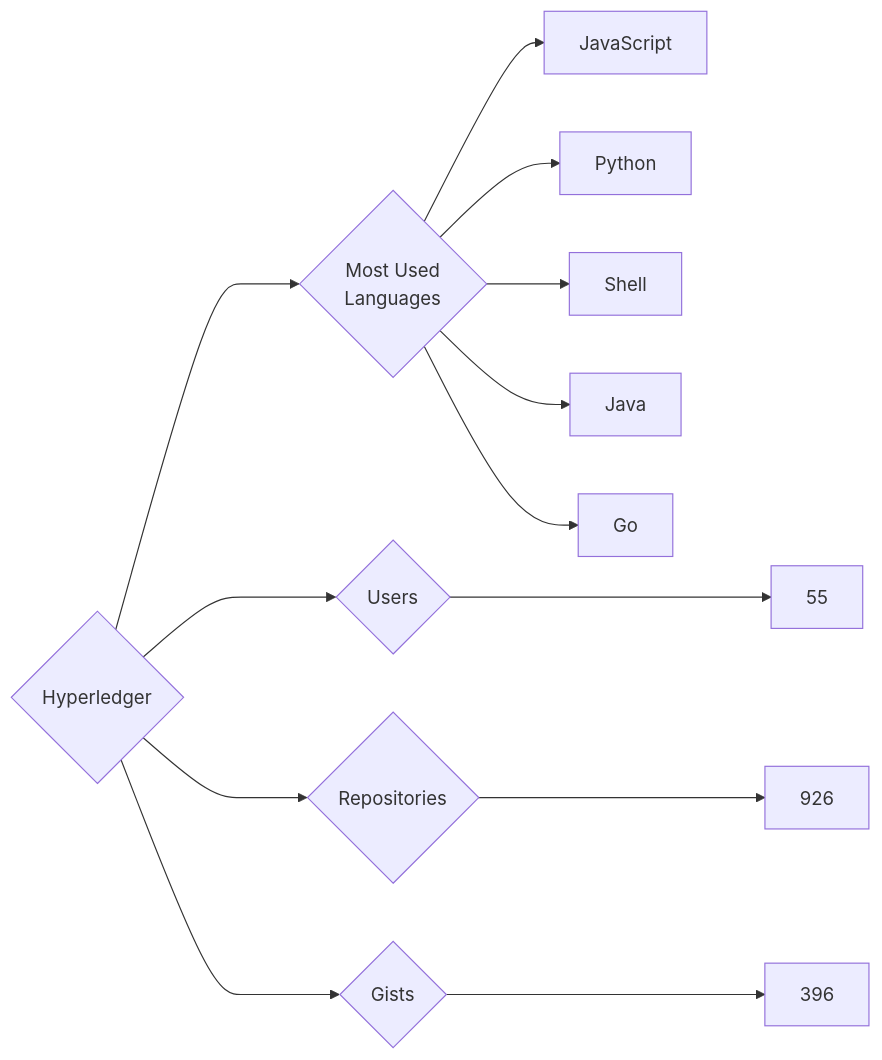
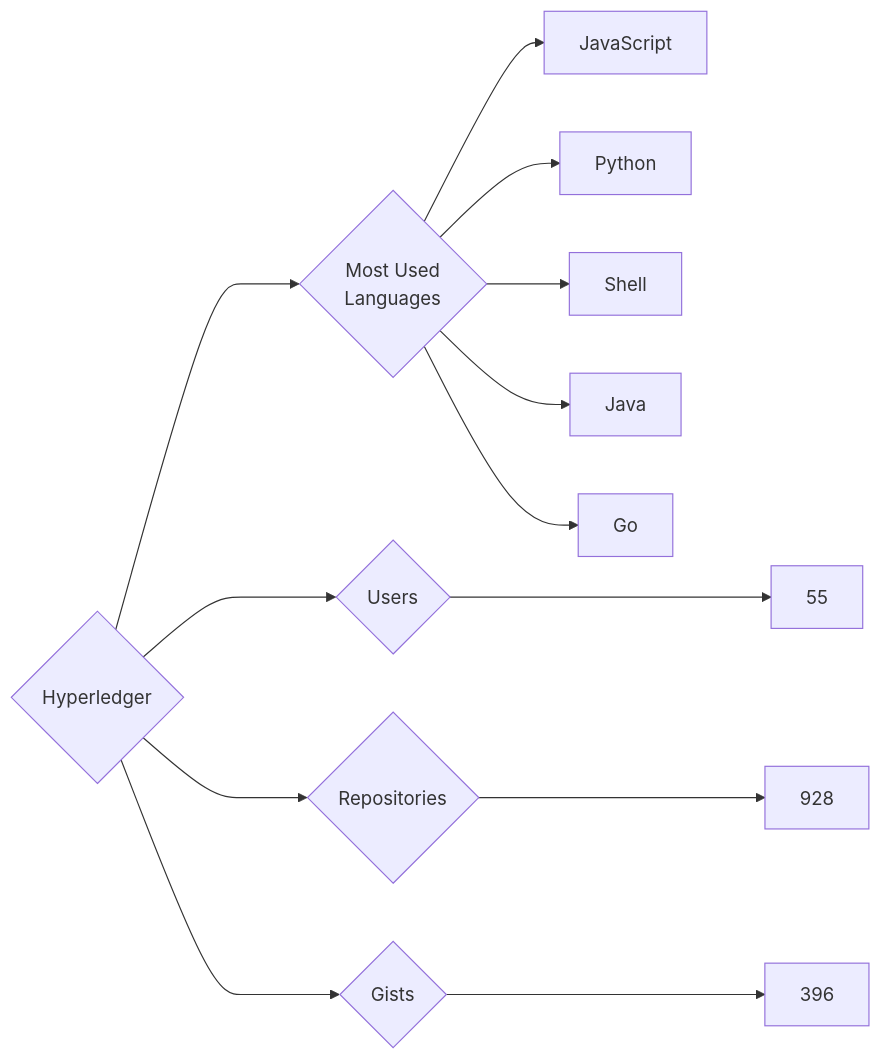
One commit to trickest/insiders changed the diagram in targets/Hyperledger/README.md. Above: the diagram before and after it, drawn with Mermaid. The commit also changed 914 other files, not shown here.

````diff
--- a/targets/Hyperledger/README.md
+++ b/targets/Hyperledger/README.md
@@ -3,13 +3,13 @@
 ```mermaid
 graph LR
 COMPANY_NAME{Hyperledger}
 COMPANY_NAME ---> U{Users} ---> UN[55]
-COMPANY_NAME ---> R{Repositories} ---> RN[926]
+COMPANY_NAME ---> R{Repositories} ---> RN[928]
 COMPANY_NAME ---> G{Gists} ---> GN[396]
 COMPANY_NAME ---> ML{Most Used<br>Languages}
 ML --> JavaScript[JavaScript]
 ML --> Python[Python]
 ML --> Shell[Shell]
 ML --> Java[Java]
 ML --> Go[Go]
 ```
````
